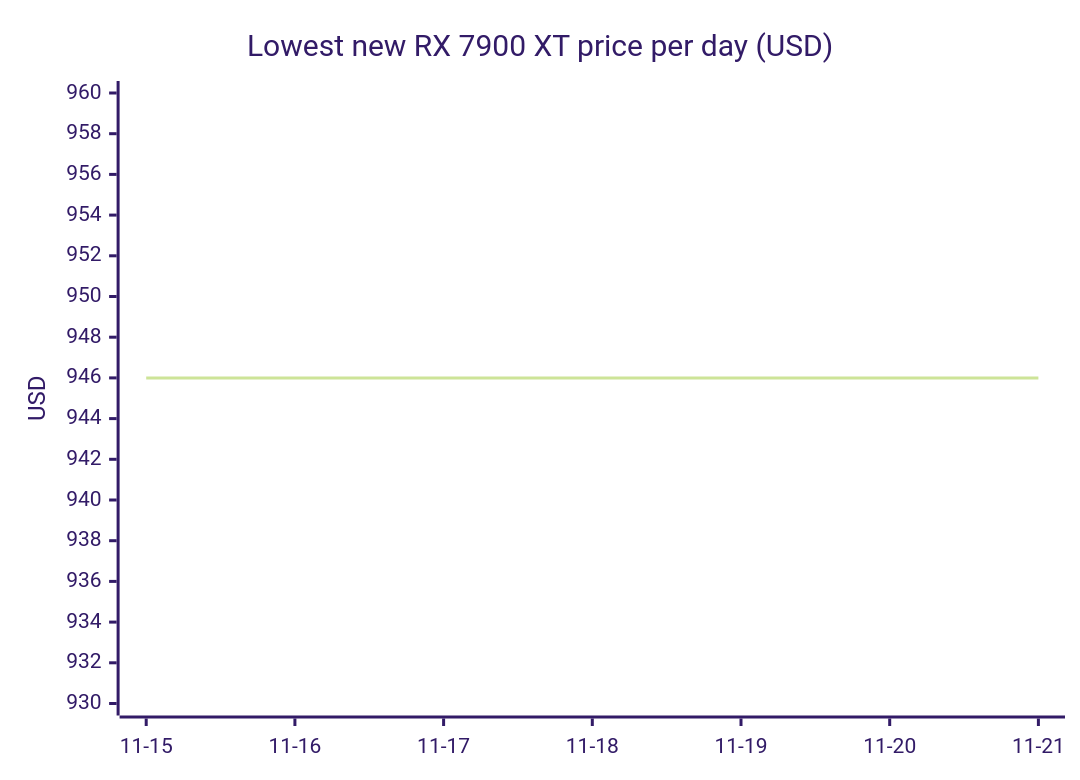
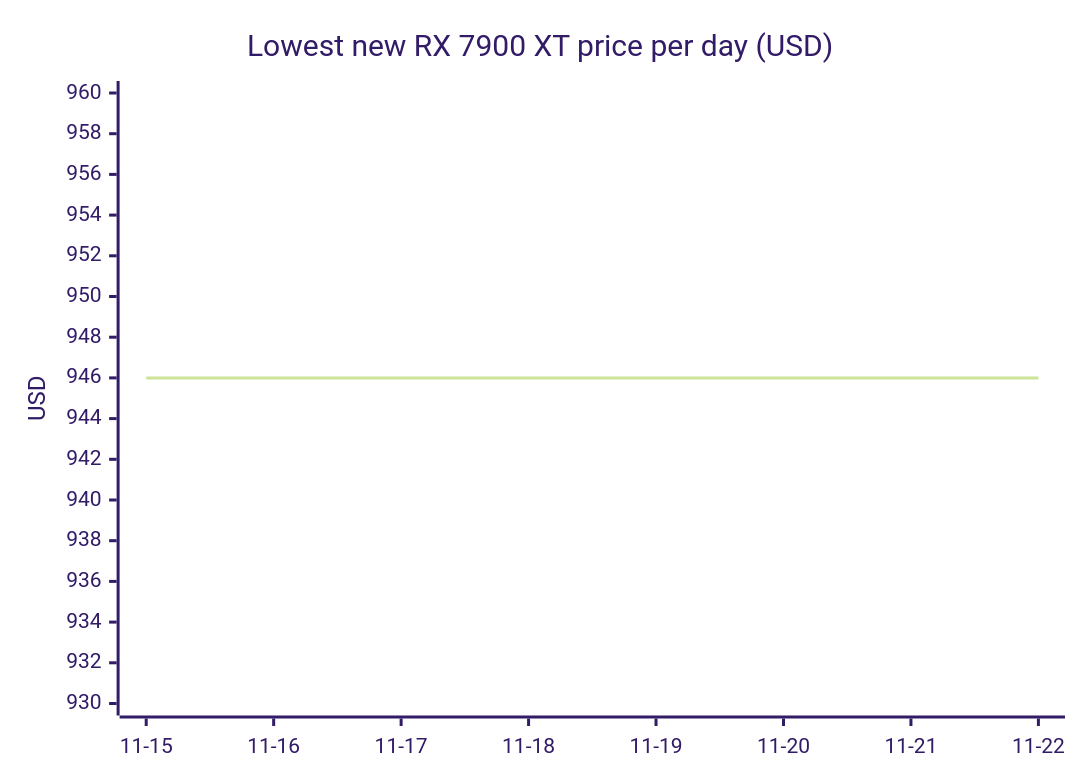
Before and after one commit to 7324136828/4tb_ssd_price_watch: diagram 14 of 18 in README.md, drawn with Mermaid (forest theme). The commit also changed other lines of this file, not shown here.

````diff
--- a/README.md
+++ b/README.md
@@ -1079,7 +1132,7 @@
 ```mermaid
 xychart-beta
     title "Lowest new RX 7900 XT price per day (USD)"
-    x-axis ["11-15", "11-16", "11-17", "11-18", "11-19", "11-20", "11-21"]
+    x-axis ["11-15", "11-16", "11-17", "11-18", "11-19", "11-20", "11-21", "11-22"]
     y-axis "USD" 930 --> 960
-    line [946.00, 946.00, 946.00, 946.00, 946.00, 946.00, 946.00]
+    line [946.00, 946.00, 946.00, 946.00, 946.00, 946.00, 946.00, 946.00]
 ```
````
